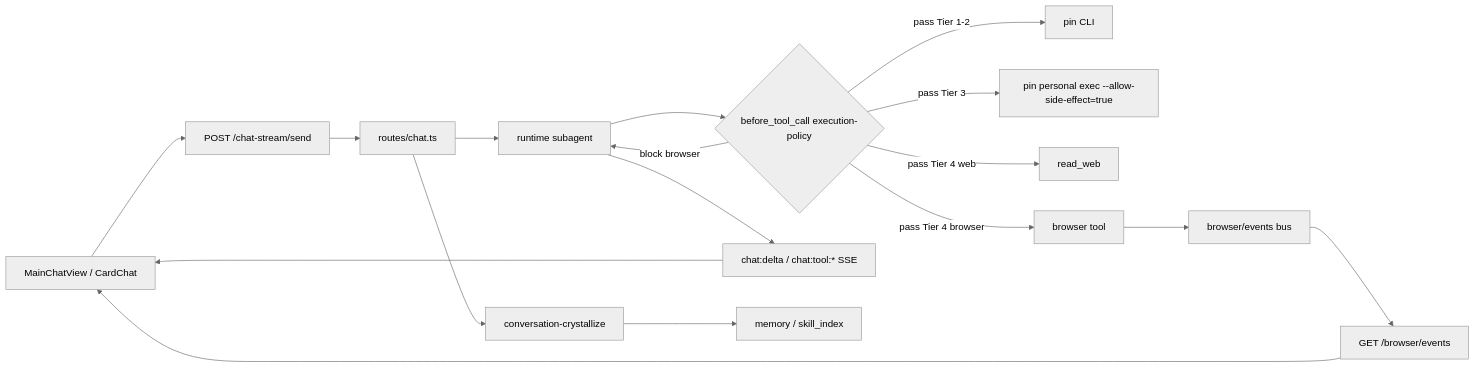
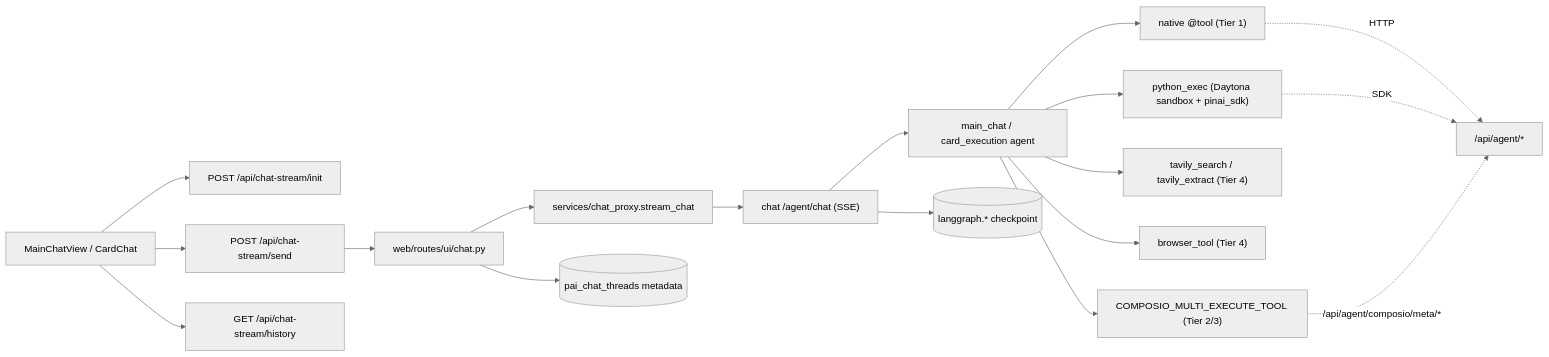
Before and after one commit to Edge-AI-HQ/proactive-assistant: the first of 2 diagrams in docs/modules/execution.mdx, drawn with Mermaid (neutral theme). The commit also changed other lines of this file and 372 other files, not shown here.

````diff
--- a/docs/modules/execution.mdx
+++ b/docs/modules/execution.mdx
@@ -21,19 +23,20 @@
 ```mermaid
 flowchart LR
-  UI["MainChatView / CardChat"] --> Send["POST /chat-stream/send"]
-  Send --> Chat["routes/chat.ts"]
-  Chat --> Agent["runtime subagent"]
-  Agent --> Hook{"before_tool_call execution-policy"}
-  Hook -->|block browser| Agent
-  Hook -->|pass Tier 1-2| Pin["pin CLI"]
-  Hook -->|pass Tier 3| PinWrite["pin personal exec --allow-side-effect=true"]
-  Hook -->|pass Tier 4 web| ReadWeb["read_web"]
-  Hook -->|pass Tier 4 browser| Browser["browser tool"]
-  Agent --> SSE["chat:delta / chat:tool:* SSE"]
-  SSE --> UI
-  Chat --> Crystallize["conversation-crystallize"]
-  Crystallize --> Memory["memory / skill_index"]
-  Browser --> BBus["browser/events bus"]
-  BBus --> BrowserSSE["GET /browser/events"]
-  BrowserSSE --> UI
+  UI["MainChatView / CardChat"] --> Init["POST /api/chat-stream/init"]
+  UI --> Send["POST /api/chat-stream/send"]
+  UI --> Hist["GET /api/chat-stream/history"]
+  Send --> Web["web/routes/ui/chat.py"]
+  Web --> Proxy["services/chat_proxy.stream_chat"]
+  Proxy --> Chat["chat /agent/chat (SSE)"]
+  Chat --> Agent["main_chat / card_execution agent"]
+  Agent --> Native["native @tool (Tier 1)"]
+  Agent --> Composio["COMPOSIO_MULTI_EXECUTE_TOOL (Tier 2/3)"]
+  Agent --> Tavily["tavily_search / tavily_extract (Tier 4)"]
+  Agent --> Browser["browser_tool (Tier 4)"]
+  Agent --> PyExec["python_exec (Daytona sandbox + pinai_sdk)"]
+  Native -. HTTP .-> WebAgent["/api/agent/*"]
+  PyExec -. SDK .-> WebAgent
+  Composio -. /api/agent/composio/meta/* .-> WebAgent
+  Web --> Thread[("pai_chat_threads metadata")]
+  Chat --> Cp[("langgraph.* checkpoint")]
 ```
````
